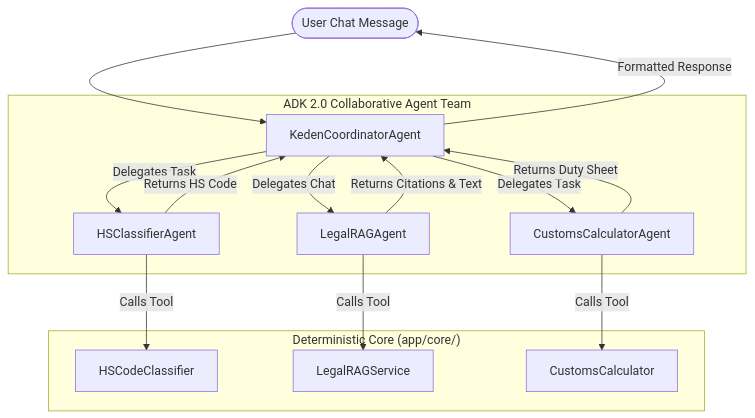
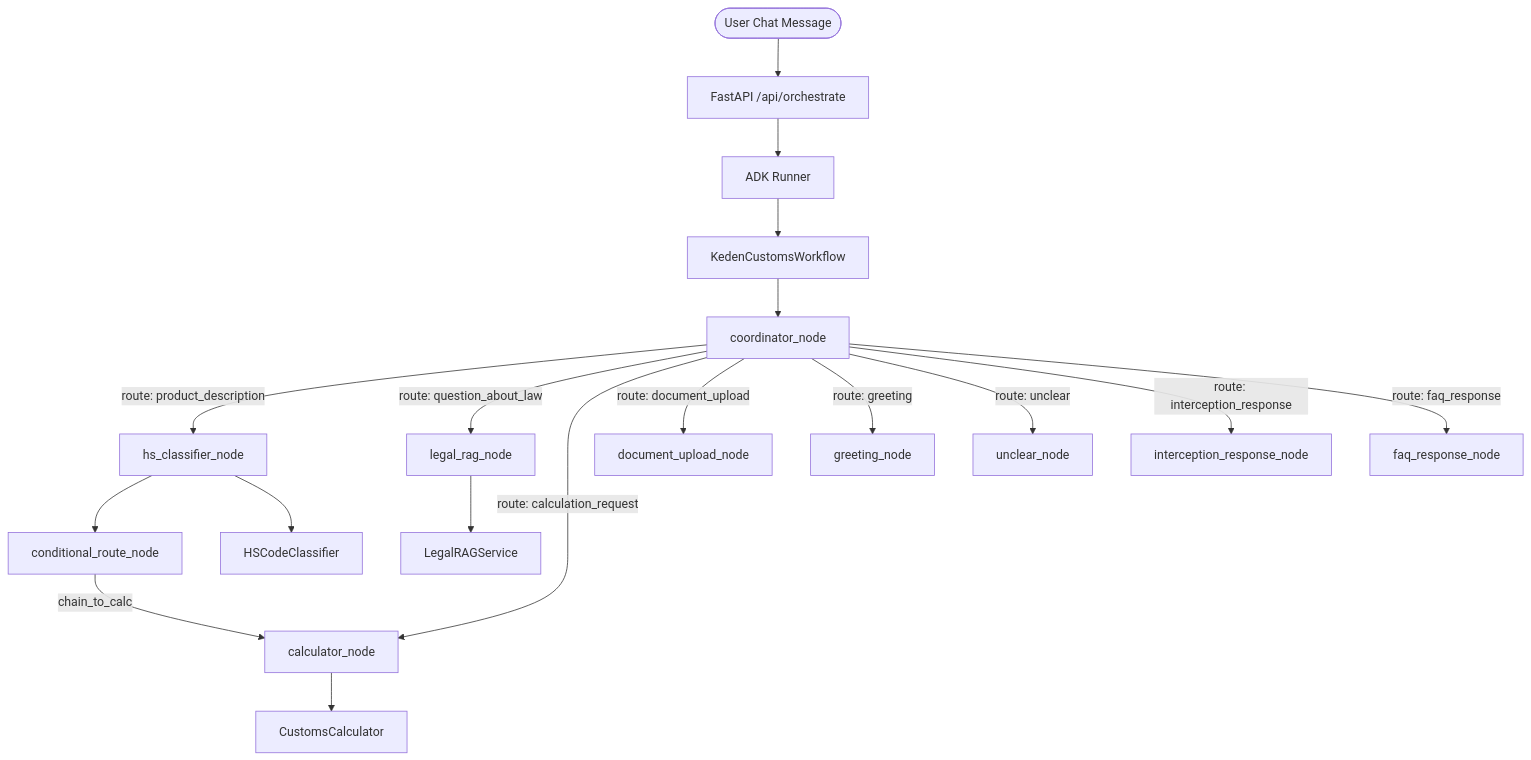
One commit to Laurentzius/smartkeden changed the first of 2 diagrams in flows/features/google_adk_orchestration_flow.md. Above: the diagram before and after it, drawn with Mermaid. The commit also changed other lines of this file and 32 other files, not shown here.

````diff
--- a/flows/features/google_adk_orchestration_flow.md
+++ b/flows/features/google_adk_orchestration_flow.md
@@ -48,21 +50,23 @@
 ```mermaid
 graph TD
-    User([User Chat Message]) --> Coordinator[KedenCoordinatorAgent]
+    User([User Chat Message]) --> Router[FastAPI /api/orchestrate]
+    Router --> Runner[ADK Runner]
+    Runner --> Workflow[KedenCustomsWorkflow]
     
-    subgraph ADK 2.0 Team ["ADK 2.0 Collaborative Agent Team"]
-        Coordinator -->|Delegates Task| HS_Agent[HSClassifierAgent]
-        Coordinator -->|Delegates Chat| RAG_Agent[LegalRAGAgent]
-        Coordinator -->|Delegates Task| Calc_Agent[CustomsCalculatorAgent]
-    end
+    Workflow --> Coordinator[coordinator_node]
+    Coordinator -->|route: product_description| HS[hs_classifier_node]
+    Coordinator -->|route: question_about_law| RAG[legal_rag_node]
+    Coordinator -->|route: calculation_request| Calc[calculator_node]
+    Coordinator -->|route: document_upload| Doc[document_upload_node]
+    Coordinator -->|route: greeting| Greeting[greeting_node]
+    Coordinator -->|route: unclear| Clarify[unclear_node]
+    Coordinator -->|route: interception_response| Intercept[interception_response_node]
+    Coordinator -->|route: faq_response| FAQ[faq_response_node]
 
-    subgraph Core Engines ["Deterministic Core (app/core/)"]
-        HS_Agent -->|Calls Tool| ClassifierEngine[HSCodeClassifier]
-        RAG_Agent -->|Calls Tool| QdrantRAG[LegalRAGService]
-        Calc_Agent -->|Calls Tool| CalcEngine[CustomsCalculator]
-    end
+    HS --> Conditional[conditional_route_node]
+    Conditional -->|chain_to_calc| Calc
 
-    HS_Agent -->|Returns HS Code| Coordinator
-    RAG_Agent -->|Returns Citations & Text| Coordinator
-    Calc_Agent -->|Returns Duty Sheet| Coordinator
-    Coordinator -->|Formatted Response| User
+    HS --> ClassifierEngine[HSCodeClassifier]
+    RAG --> QdrantRAG[LegalRAGService]
+    Calc --> CalcEngine[CustomsCalculator]
 ```
````
